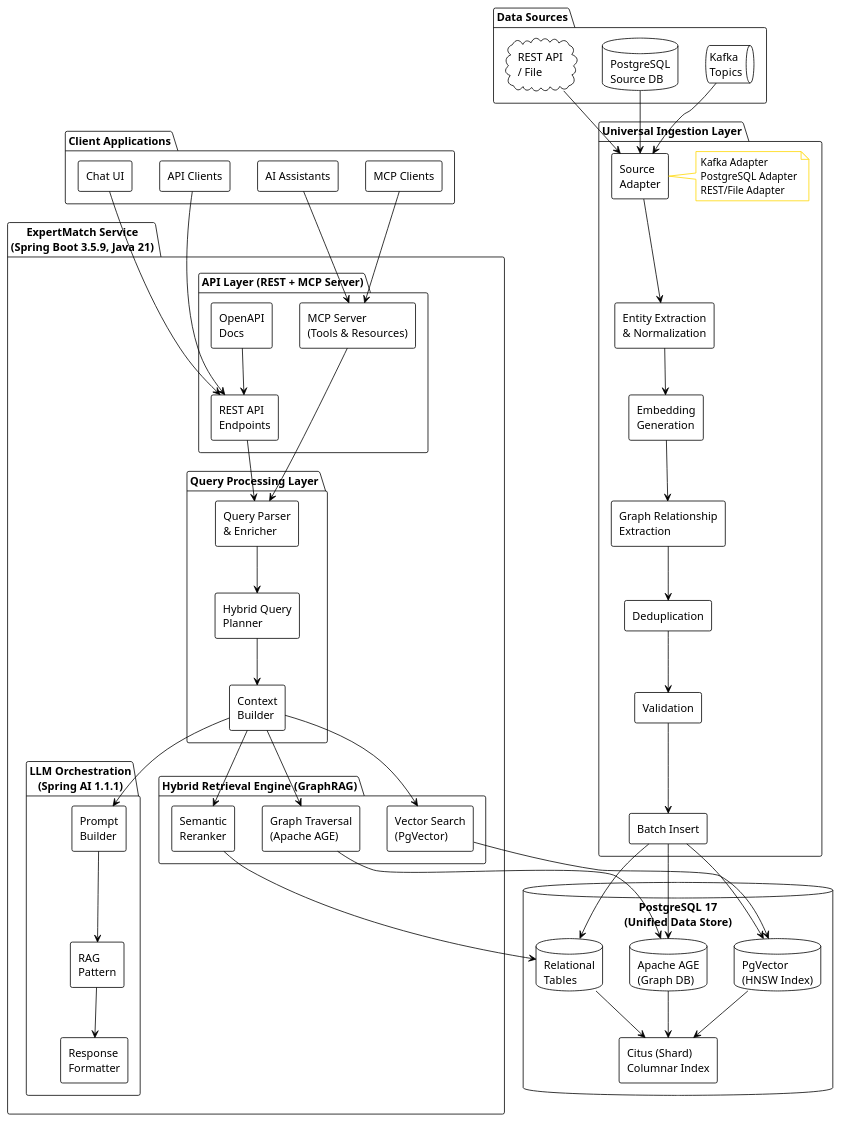
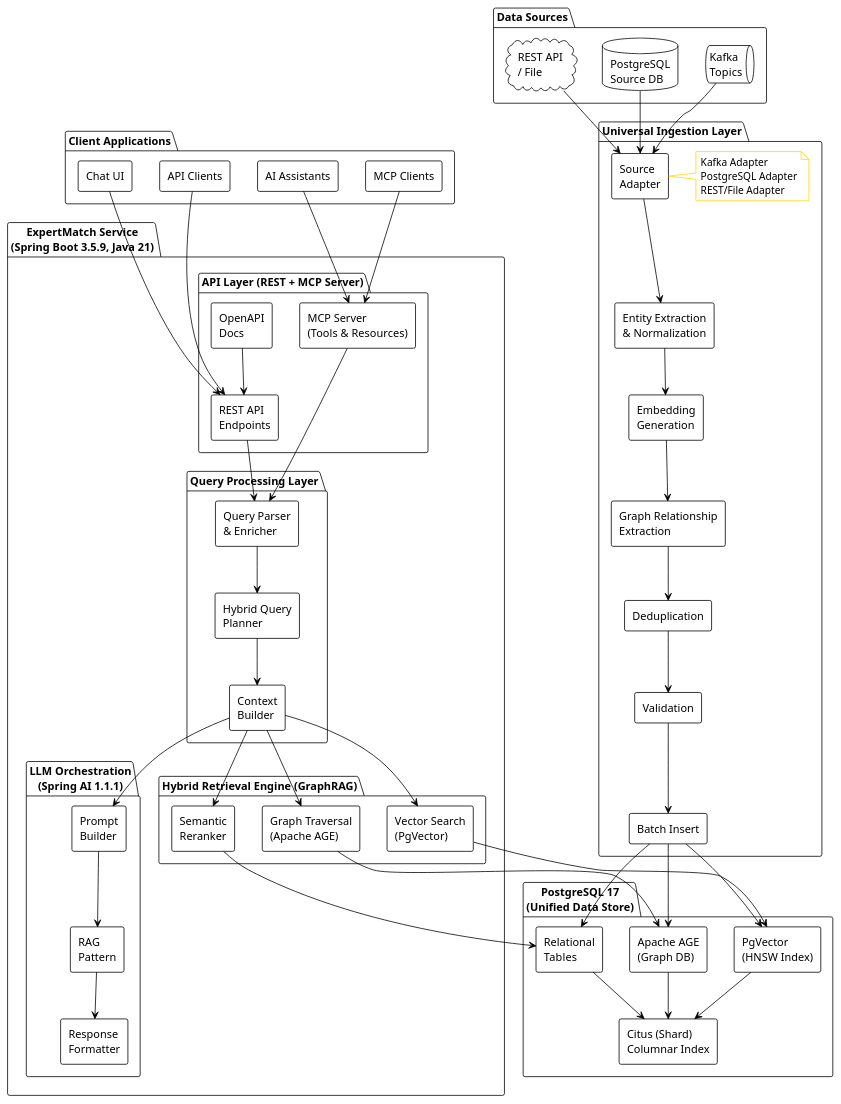
Before and after one commit to berdachuk/expert-match-ce: the fifth of 13 diagrams in docs/ExpertMatch.md, drawn with PlantUML. The commit also changed other lines of this file and 11 other files, not shown here.

```diff
--- a/docs/ExpertMatch.md
+++ b/docs/ExpertMatch.md
@@ -748,10 +748,10 @@
   }
 }
 
-database "PostgreSQL 17\n(Unified Data Store)" {
-  database "Relational\nTables" as RelationalDB
-  database "PgVector\n(HNSW Index)" as PgVector
-  database "Apache AGE\n(Graph DB)" as ApacheAGE
+package "PostgreSQL 17\n(Unified Data Store)" {
+  component "Relational\nTables" as RelationalDB
+  component "PgVector\n(HNSW Index)" as PgVector
+  component "Apache AGE\n(Graph DB)" as ApacheAGE
   [Citus (Shard)\nColumnar Index] as Citus
 }
 
```
